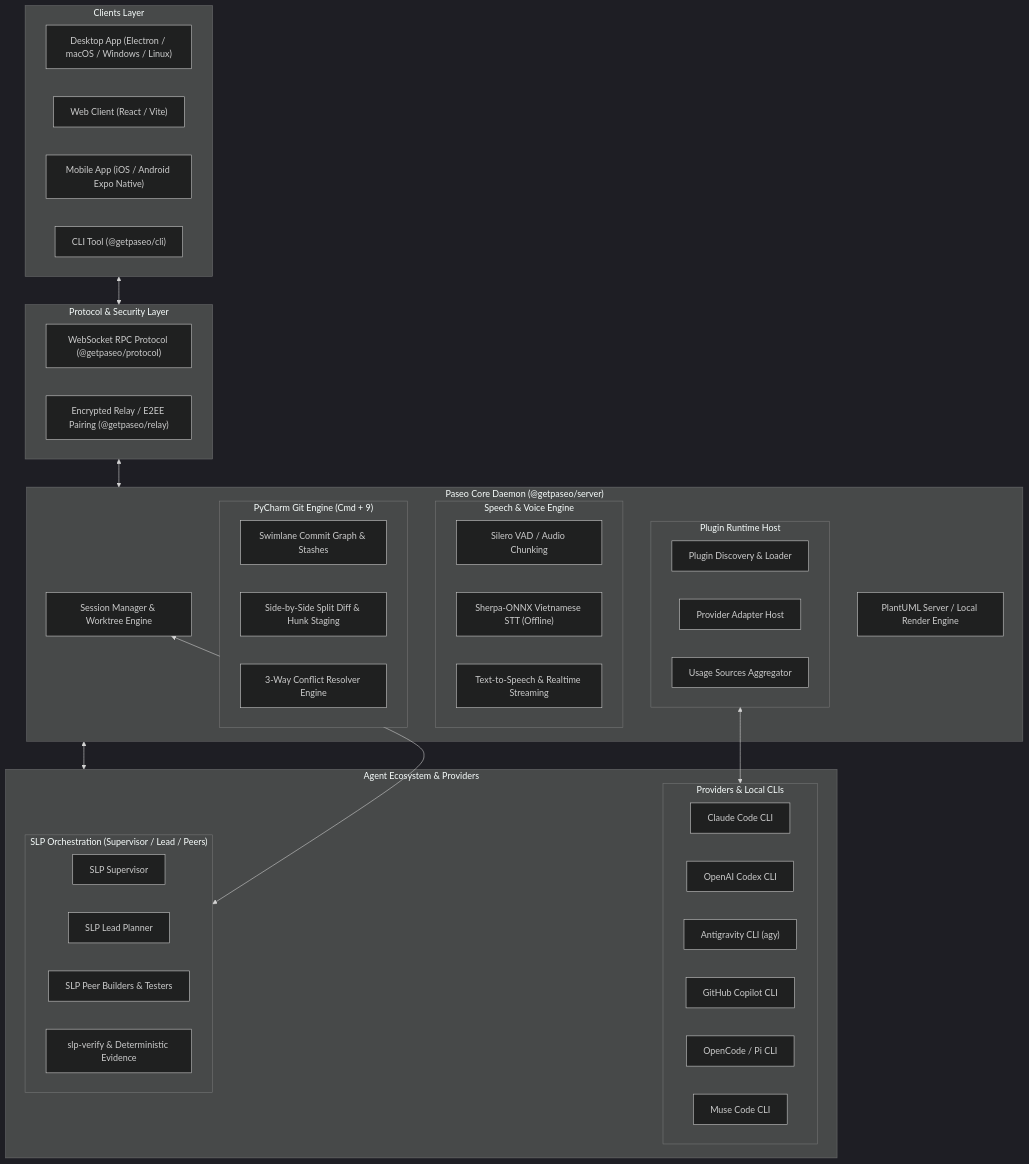
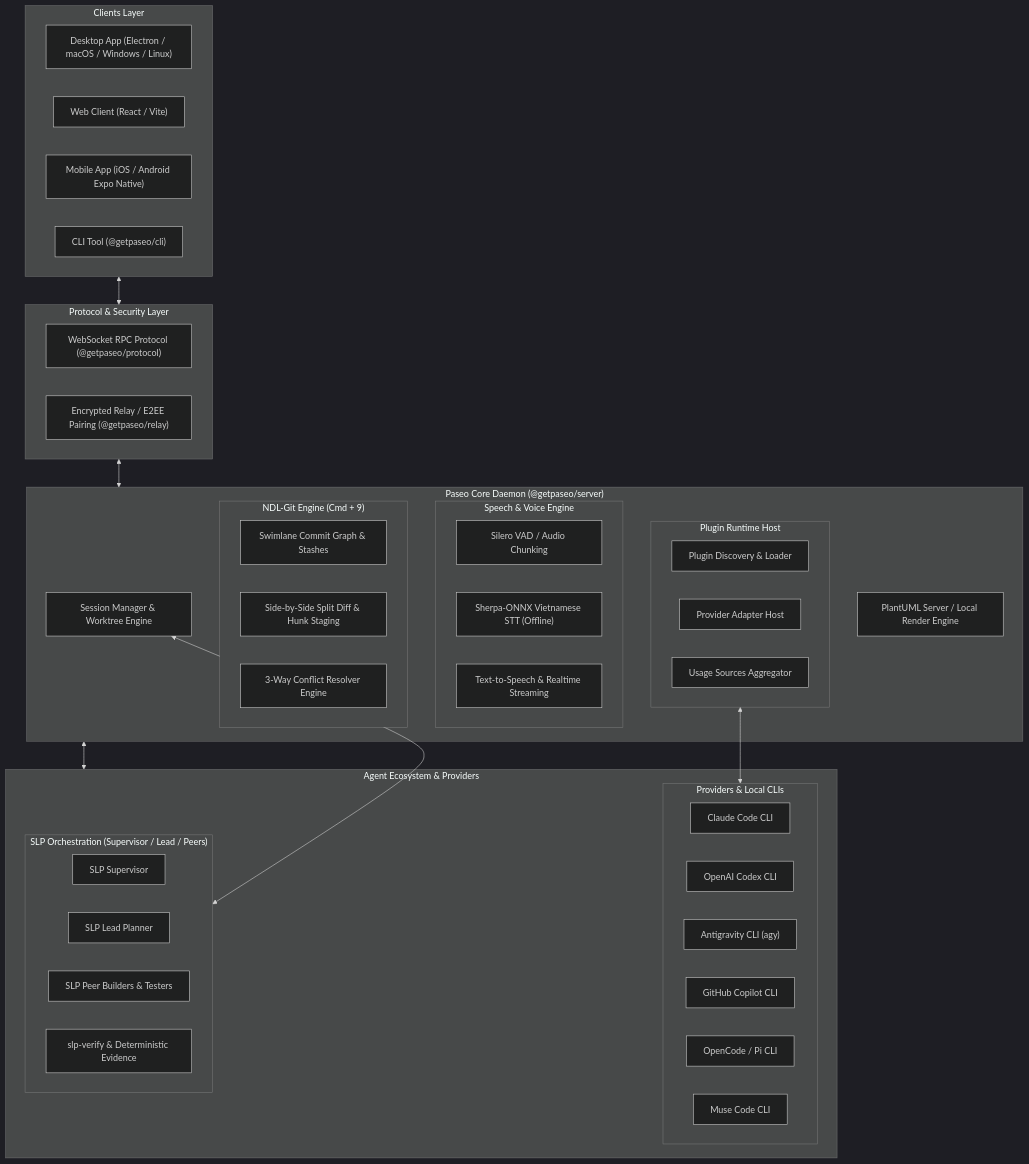
One commit to luongndcoder/paseo changed the first of 3 diagrams in README.md. Above: the diagram before and after it, drawn with Mermaid (dark theme). The commit also changed other lines of this file and 11 other files, not shown here.

Commit message:
feat(git): rename Git Tool Window to ndl-git (NDL-Git)

````diff
--- a/README.md
+++ b/README.md
@@ -65,62 +65,62 @@
 ```mermaid
 flowchart TD
     subgraph Clients["Clients Layer"]
         Desktop["Desktop App (Electron / macOS / Windows / Linux)"]
         Web["Web Client (React / Vite)"]
         Mobile["Mobile App (iOS / Android Expo Native)"]
         CLI["CLI Tool (@getpaseo/cli)"]
     end
 
     subgraph ProtocolLayer["Protocol & Security Layer"]
         WSRPC["WebSocket RPC Protocol (@getpaseo/protocol)"]
         Relay["Encrypted Relay / E2EE Pairing (@getpaseo/relay)"]
     end
 
     subgraph CoreDaemon["Paseo Core Daemon (@getpaseo/server)"]
         SessionMgr["Session Manager & Worktree Engine"]
 
         subgraph VoiceEngine["Speech & Voice Engine"]
             VAD["Silero VAD / Audio Chunking"]
             SherpaONNX["Sherpa-ONNX Vietnamese STT (Offline)"]
             TTS["Text-to-Speech & Realtime Streaming"]
         end
 
-        subgraph GitEngine["PyCharm Git Engine (Cmd + 9)"]
+        subgraph GitEngine["NDL-Git Engine (Cmd + 9)"]
             GitGraph["Swimlane Commit Graph & Stashes"]
             SplitDiff["Side-by-Side Split Diff & Hunk Staging"]
             MergeResolver["3-Way Conflict Resolver Engine"]
         end
 
         subgraph PluginHost["Plugin Runtime Host"]
             PluginRegistry["Plugin Discovery & Loader"]
             ProviderHost["Provider Adapter Host"]
             UsageHost["Usage Sources Aggregator"]
         end
 
         PlantUML["PlantUML Server / Local Render Engine"]
     end
 
     subgraph AgentEcosystem["Agent Ecosystem & Providers"]
         subgraph Providers["Providers & Local CLIs"]
             Claude["Claude Code CLI"]
             Codex["OpenAI Codex CLI"]
             Antigravity["Antigravity CLI (agy)"]
             Copilot["GitHub Copilot CLI"]
             OpenCode["OpenCode / Pi CLI"]
             Muse["Muse Code CLI"]
         end
 
         subgraph SLP["SLP Orchestration (Supervisor / Lead / Peers)"]
             Supervisor["SLP Supervisor"]
             Lead["SLP Lead Planner"]
             Peers["SLP Peer Builders & Testers"]
             Verify["slp-verify & Deterministic Evidence"]
         end
     end
 
     Clients <--> ProtocolLayer
     ProtocolLayer <--> CoreDaemon
     CoreDaemon <--> AgentEcosystem
     PluginHost <--> Providers
     SessionMgr <--> SLP
 ```
````
